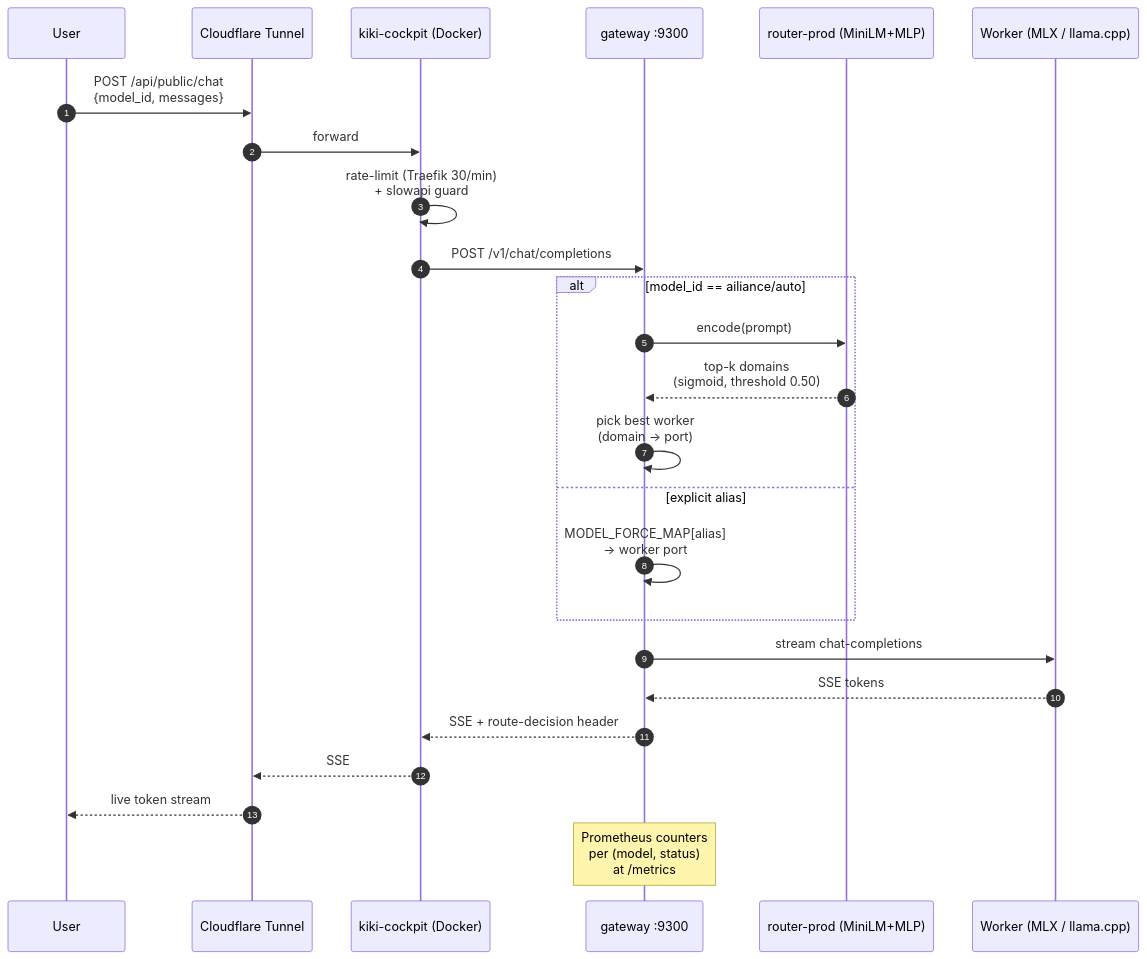
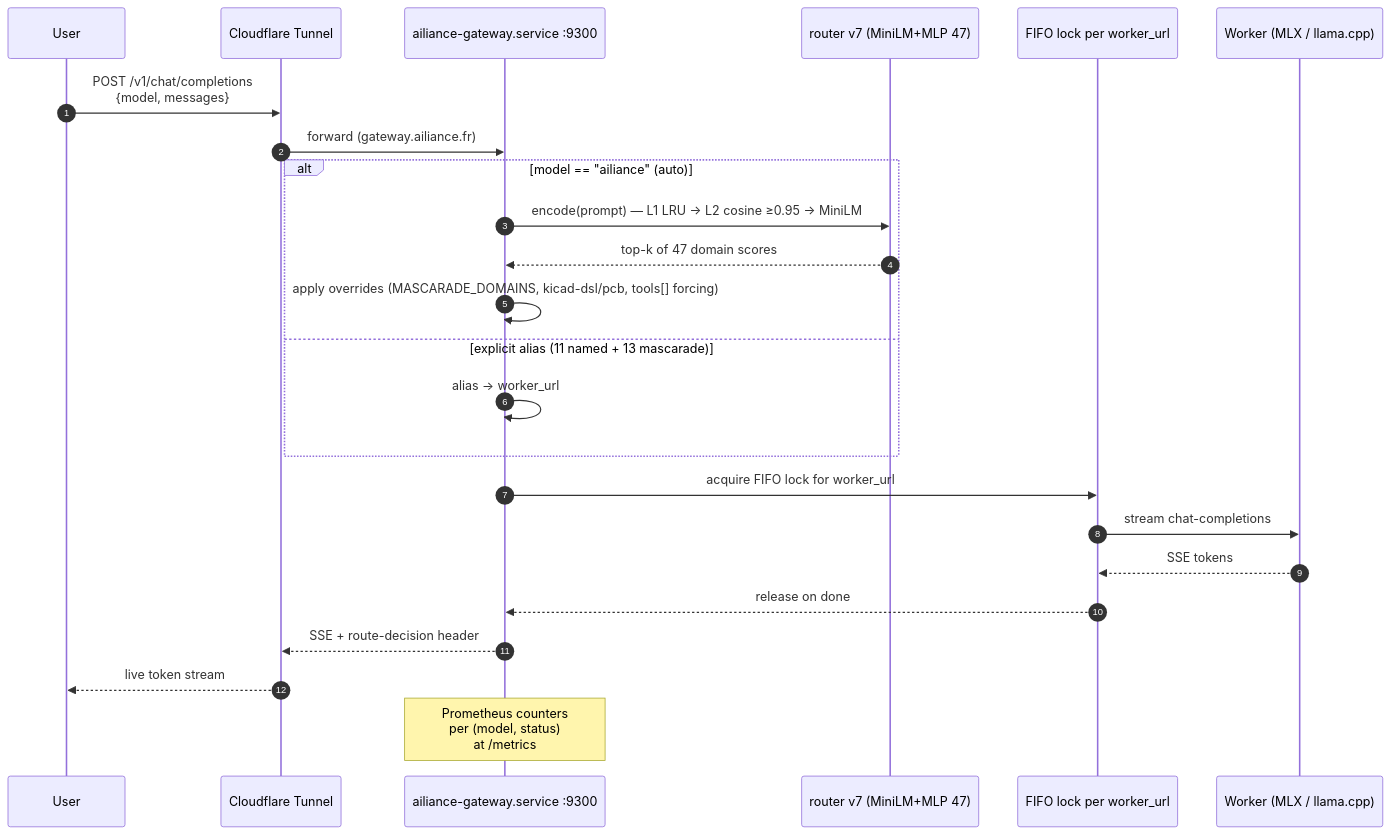
One commit to ailiance/ailiance changed the second of 6 diagrams in README.md. Above: the diagram before and after it, drawn with Mermaid. The commit also changed other lines of this file and 2 other files, not shown here.

First line of the commit message:
docs: rewrite for ailiance rebrand + router v7 (#114)

````diff
--- a/README.md
+++ b/README.md
@@ -84,31 +89,30 @@
 ```mermaid
 sequenceDiagram
     autonumber
     participant U as User
     participant C as Cloudflare Tunnel
-    participant K as kiki-cockpit (Docker)
-    participant G as gateway :9300
-    participant R as router-prod (MiniLM+MLP)
+    participant G as ailiance-gateway.service :9300
+    participant R as router v7 (MiniLM+MLP 47)
+    participant L as FIFO lock per worker_url
     participant W as Worker (MLX / llama.cpp)
 
-    U->>C: POST /api/public/chat<br/>{model_id, messages}
-    C->>K: forward
-    K->>K: rate-limit (Traefik 30/min)<br/>+ slowapi guard
-    K->>G: POST /v1/chat/completions
+    U->>C: POST /v1/chat/completions<br/>{model, messages}
+    C->>G: forward (gateway.ailiance.fr)
 
-    alt model_id == ailiance/auto
-        G->>R: encode(prompt)
-        R-->>G: top-k domains<br/>(sigmoid, threshold 0.50)
-        G->>G: pick best worker<br/>(domain → port)
-    else explicit alias
-        G->>G: MODEL_FORCE_MAP[alias]<br/>→ worker port
+    alt model == "ailiance" (auto)
+        G->>R: encode(prompt) — L1 LRU → L2 cosine ≥0.95 → MiniLM
+        R-->>G: top-k of 47 domain scores
+        G->>G: apply overrides (MASCARADE_DOMAINS, kicad-dsl/pcb, tools[] forcing)
+    else explicit alias (11 named + 13 mascarade)
+        G->>G: alias → worker_url
     end
 
-    G->>W: stream chat-completions
-    W-->>G: SSE tokens
-    G-->>K: SSE + route-decision header
-    K-->>C: SSE
+    G->>L: acquire FIFO lock for worker_url
+    L->>W: stream chat-completions
+    W-->>L: SSE tokens
+    L-->>G: release on done
+    G-->>C: SSE + route-decision header
     C-->>U: live token stream
 
     Note over G: Prometheus counters<br/>per (model, status)<br/>at /metrics
 ```
````
